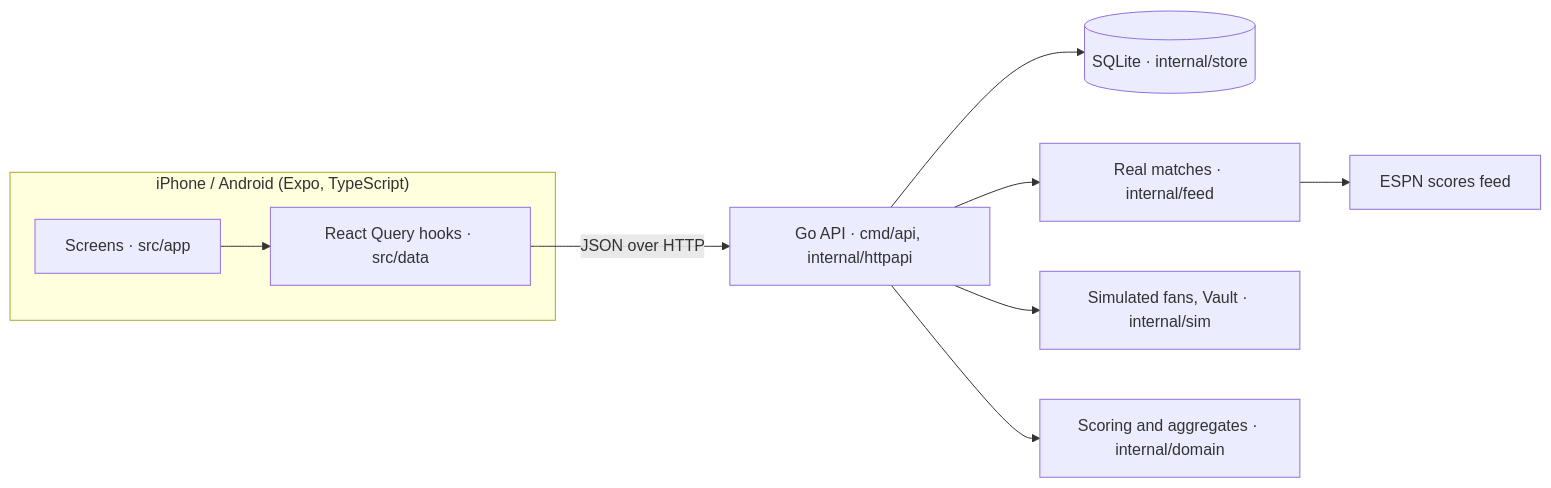
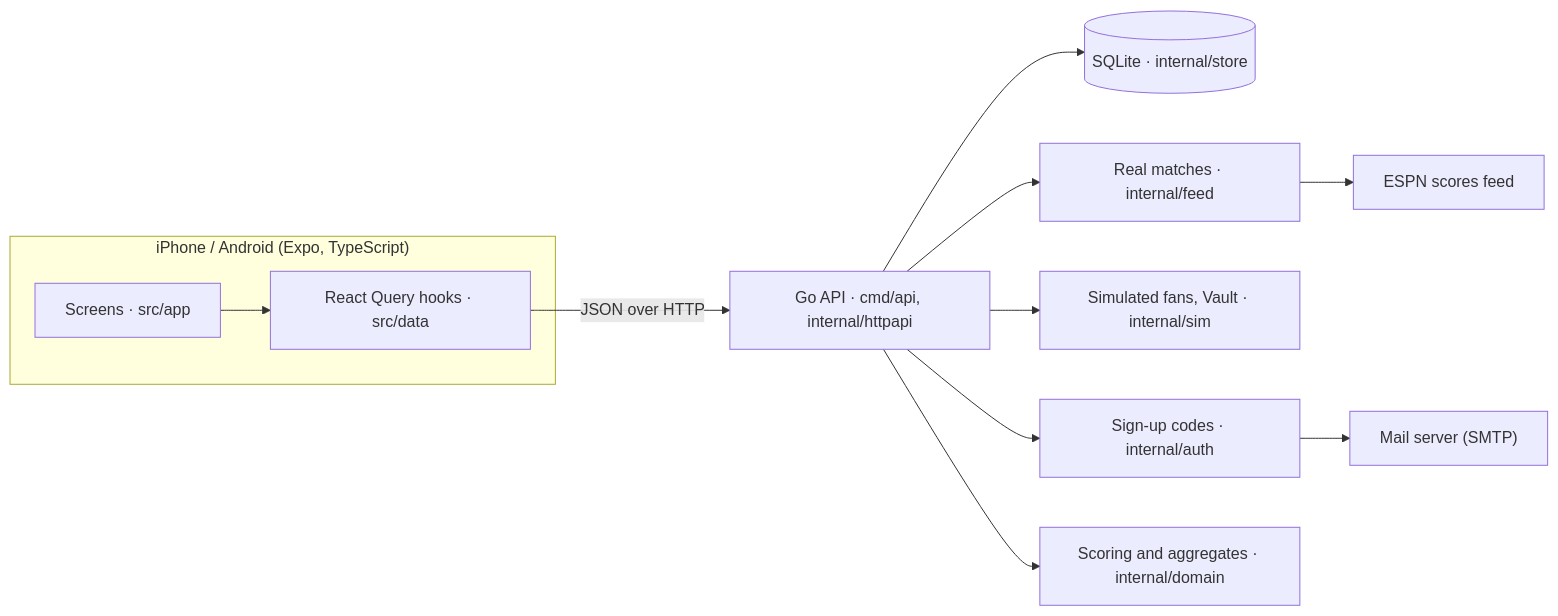
One commit to swathivallabhaneni289/innings changed the diagram in README.md. Above: the diagram before and after it, drawn with Mermaid. The commit also changed other lines of this file and 133 other files, not shown here.

````diff
--- a/README.md
+++ b/README.md
@@ -71,11 +73,12 @@
 ```mermaid
 flowchart LR
   subgraph Phone["iPhone / Android (Expo, TypeScript)"]
     UI["Screens · src/app"] --> Data["React Query hooks · src/data"]
   end
   Data -- "JSON over HTTP" --> API["Go API · cmd/api, internal/httpapi"]
   API --> Store[("SQLite · internal/store")]
   API --> Feed["Real matches · internal/feed"] --> Provider["ESPN scores feed"]
   API --> Sim["Simulated fans, Vault · internal/sim"]
+  API --> Mail["Sign-up codes · internal/auth"] --> SMTP["Mail server (SMTP)"]
   API --> Rules["Scoring and aggregates · internal/domain"]
 ```
````
